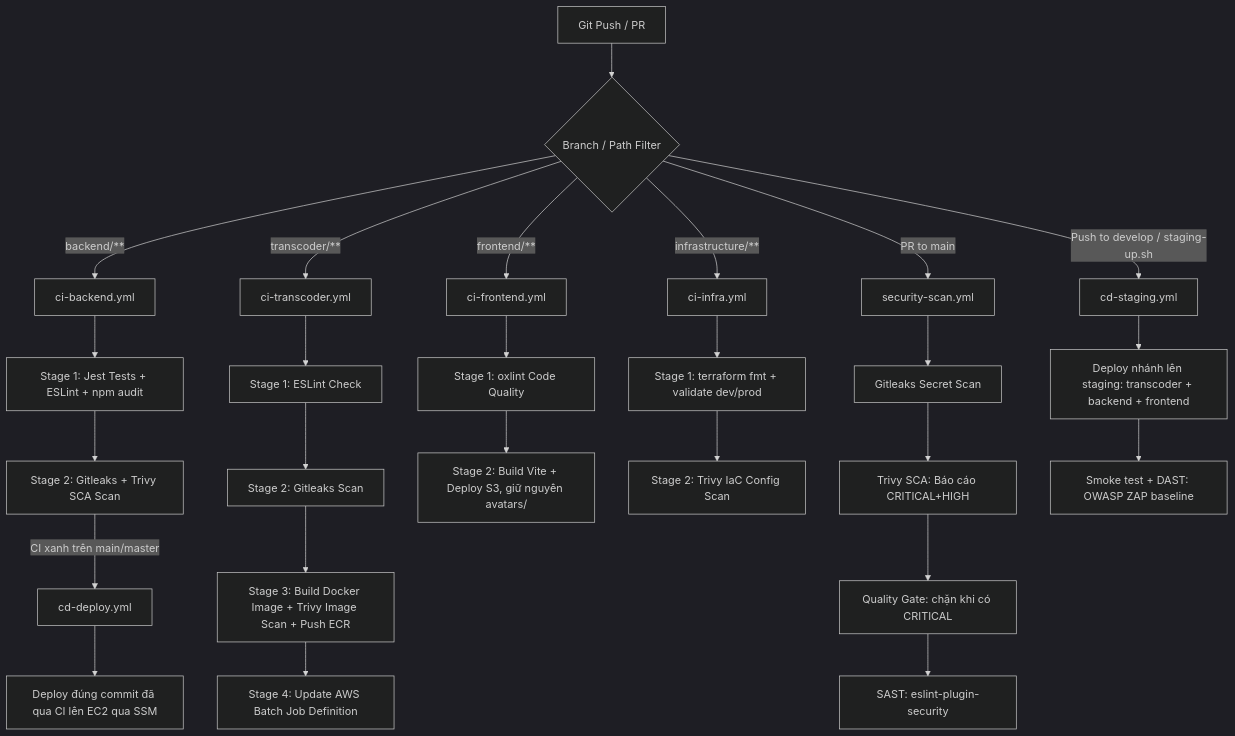
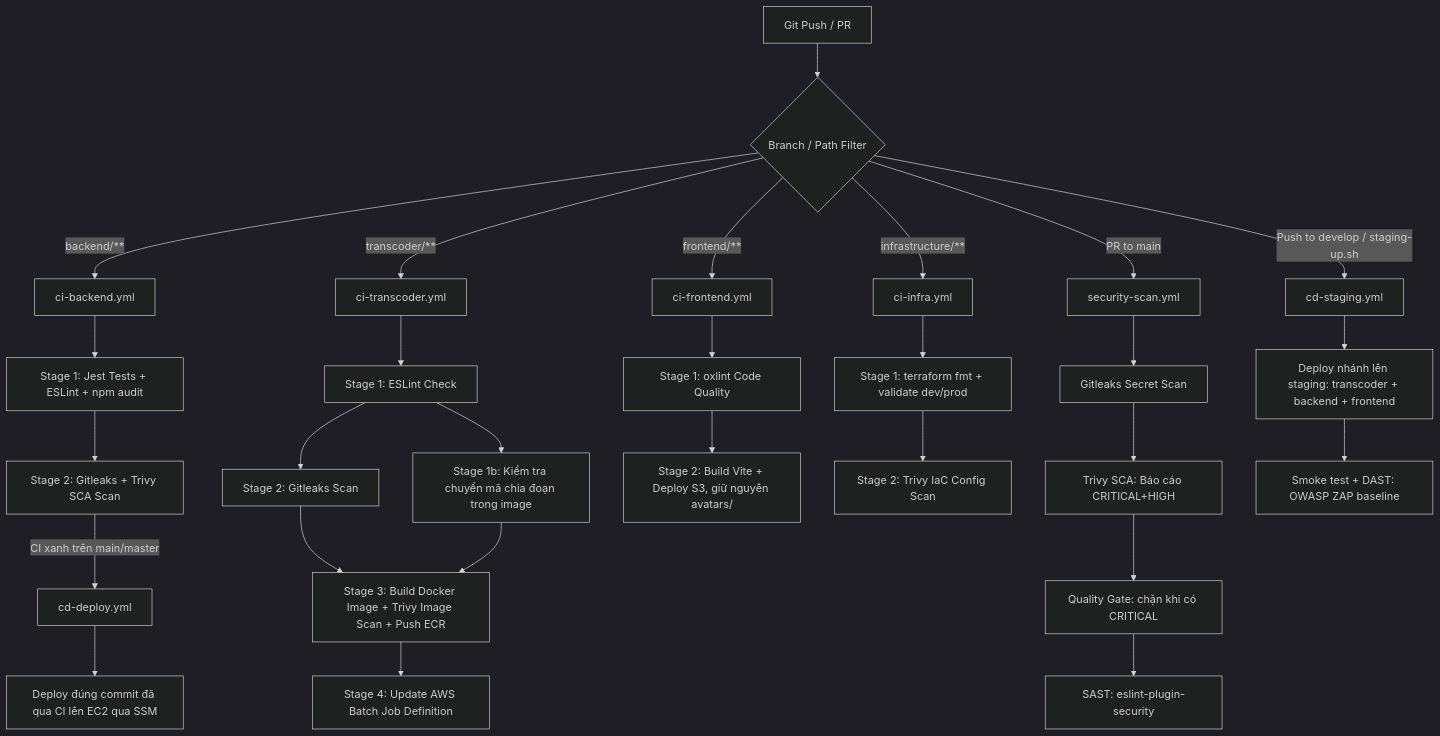
Before and after one commit to DinhQuocCuong28664/DACNTT_VideoStreaming: the second of 2 diagrams in README.md, drawn with Mermaid (dark theme). The commit also changed other lines of this file, not shown here.

````diff
--- a/README.md
+++ b/README.md
@@ -159,34 +176,36 @@
 ```mermaid
 graph TD
     A[Git Push / PR] --> B{Branch / Path Filter}
     B -->|backend/**| C[ci-backend.yml]
     B -->|transcoder/**| D[ci-transcoder.yml]
     B -->|frontend/**| G[ci-frontend.yml]
     B -->|infrastructure/**| I[ci-infra.yml]
     B -->|PR to main| E[security-scan.yml]
     B -->|Push to develop / staging-up.sh| H[cd-staging.yml]
 
     C --> C1[Stage 1: Jest Tests + ESLint + npm audit]
     C1 --> C2[Stage 2: Gitleaks + Trivy SCA Scan]
     C2 -->|CI xanh trên main/master| F[cd-deploy.yml]
 
     D --> D1[Stage 1: ESLint Check]
     D1 --> D2[Stage 2: Gitleaks Scan]
     D2 --> D3[Stage 3: Build Docker Image + Trivy Image Scan + Push ECR]
+    D1 --> D1b[Stage 1b: Kiểm tra chuyển mã chia đoạn trong image]
+    D1b --> D3
     D3 --> D4[Stage 4: Update AWS Batch Job Definition]
 
     G --> G1[Stage 1: oxlint Code Quality]
     G1 --> G2[Stage 2: Build Vite + Deploy S3, giữ nguyên avatars/]
 
     I --> I1[Stage 1: terraform fmt + validate dev/prod]
     I1 --> I2[Stage 2: Trivy IaC Config Scan]
 
     E --> E1[Gitleaks Secret Scan]
     E1 --> E2[Trivy SCA: Báo cáo CRITICAL+HIGH]
     E2 --> E3[Quality Gate: chặn khi có CRITICAL]
     E3 --> E4[SAST: eslint-plugin-security]
 
     H --> H1[Deploy nhánh lên staging: transcoder + backend + frontend]
     H1 --> H2[Smoke test + DAST: OWASP ZAP baseline]
     F --> F1[Deploy đúng commit đã qua CI lên EC2 qua SSM]
 ```
````
